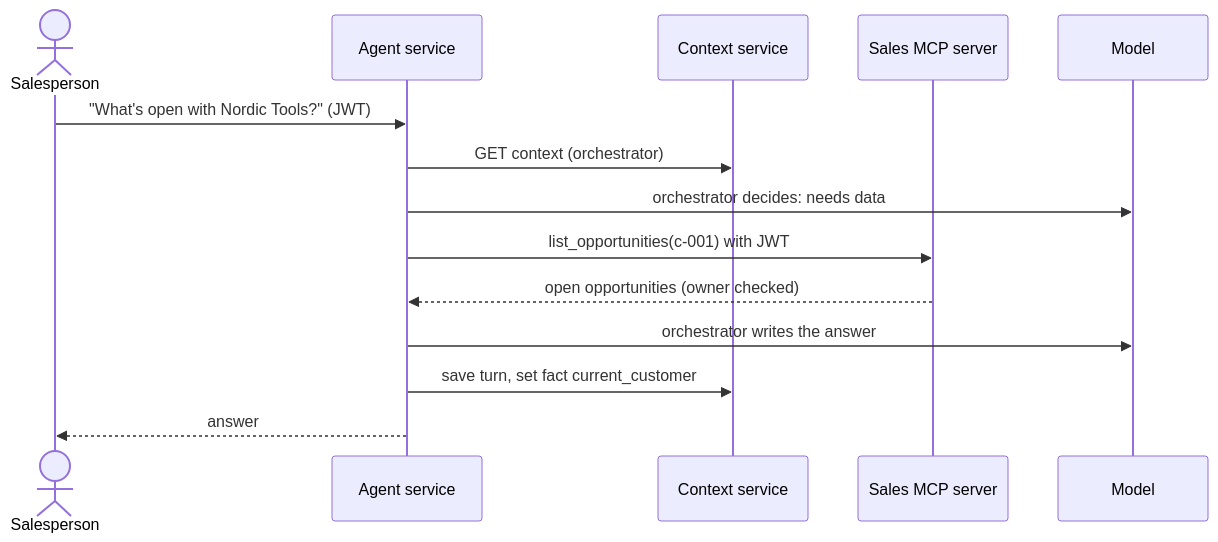
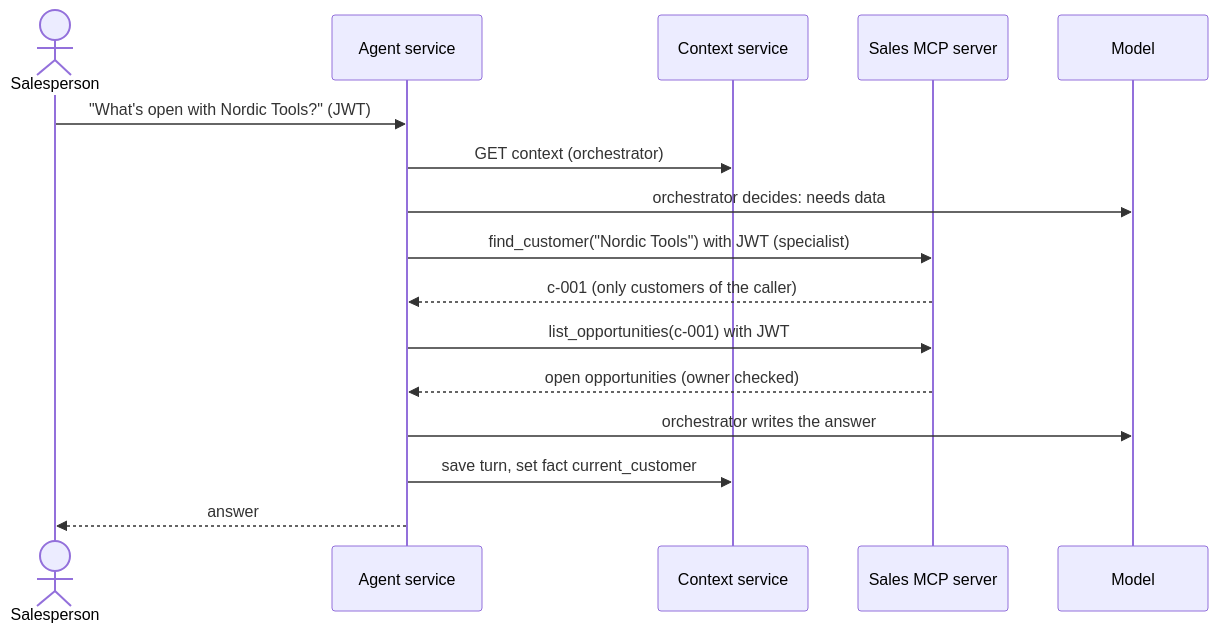
Before and after one commit to atiliosud/field-sales-agent-reference: the fourth of 7 diagrams in docs/architecture.md, drawn with Mermaid. The commit also changed other lines of this file and 1 other file, not shown here.

First line of the commit message:
docs: bring the architecture and the brief in line with find_customer and prompt v3

````diff
--- a/docs/architecture.md
+++ b/docs/architecture.md
@@ -153,16 +153,18 @@
 ```mermaid
 sequenceDiagram
     actor U as Salesperson
     participant A as Agent service
     participant C as Context service
     participant M as Sales MCP server
     participant L as Model
     U->>A: "What's open with Nordic Tools?" (JWT)
     A->>C: GET context (orchestrator)
     A->>L: orchestrator decides: needs data
+    A->>M: find_customer("Nordic Tools") with JWT (specialist)
+    M-->>A: c-001 (only customers of the caller)
     A->>M: list_opportunities(c-001) with JWT
     M-->>A: open opportunities (owner checked)
     A->>L: orchestrator writes the answer
     A->>C: save turn, set fact current_customer
     A-->>U: answer
 ```
````
